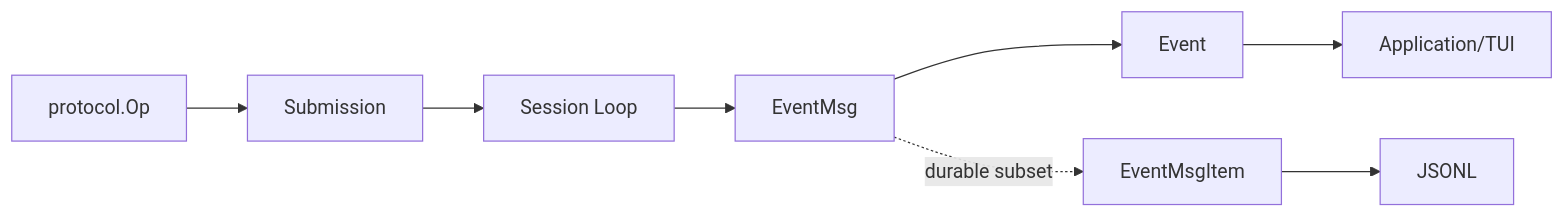
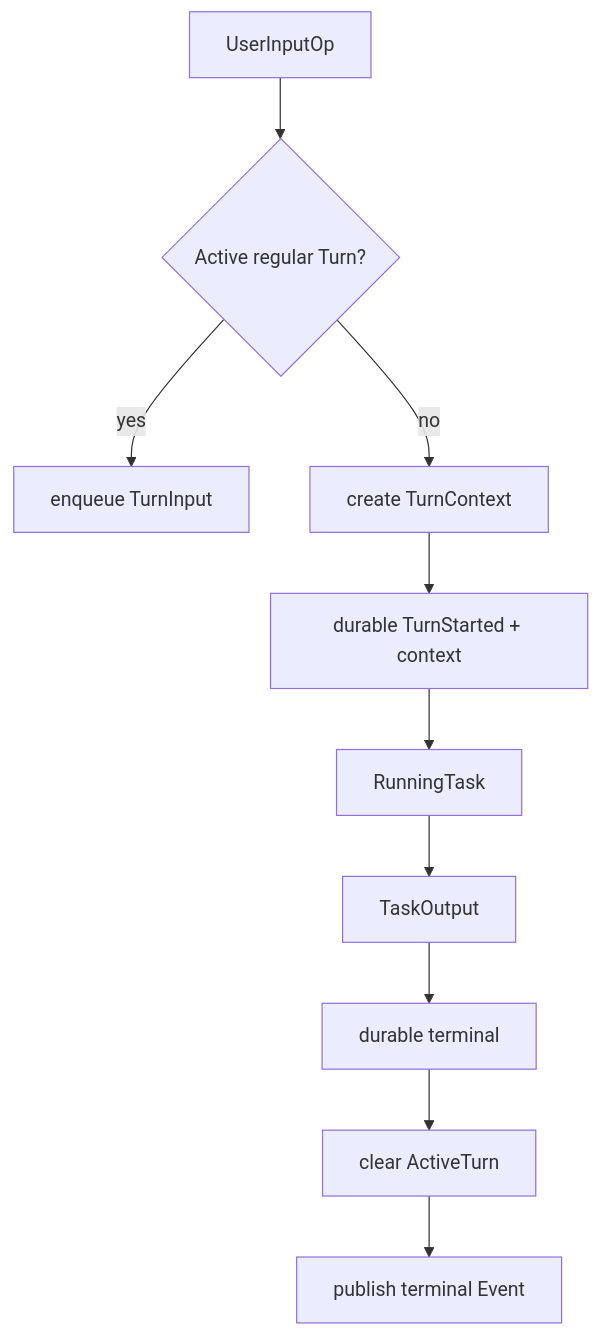
One commit to Godric-W/Amadeus changed the tenth of 43 diagrams in docs/architecture-whitepaper.md. Above: the diagram before and after it, drawn with Mermaid. The commit also changed other lines of this file and 1 other file, not shown here.

````diff
--- a/docs/architecture-whitepaper.md
+++ b/docs/architecture-whitepaper.md
@@ -461,19 +525,17 @@
 ```mermaid
-flowchart LR
-    Op[protocol.Op]
-    Sub[Submission]
-    Session[Session Loop]
-    Msg[EventMsg]
-    Event[Event]
-    UI[Application/TUI]
-    Durable[EventMsgItem]
-    Rollout[JSONL]
+flowchart TD
+    Input[UserInputOp]
+    Admit{Active regular Turn?}
+    Steer[enqueue TurnInput]
+    Start[create TurnContext]
+    PersistStart[durable TurnStarted + context]
+    Task[RunningTask]
+    Output[TaskOutput]
+    PersistTerminal[durable terminal]
+    Clear[clear ActiveTurn]
+    Publish[publish terminal Event]
 
-    Op --> Sub
-    Sub --> Session
-    Session --> Msg
-    Msg --> Event
-    Event --> UI
-    Msg -. durable subset .-> Durable
-    Durable --> Rollout
+    Input --> Admit
+    Admit -->|yes| Steer
+    Admit -->|no| Start --> PersistStart --> Task --> Output --> PersistTerminal --> Clear --> Publish
 ```
````
